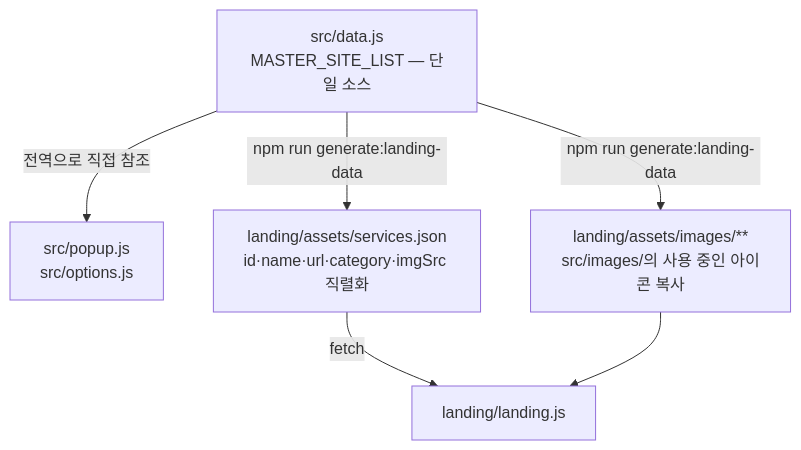
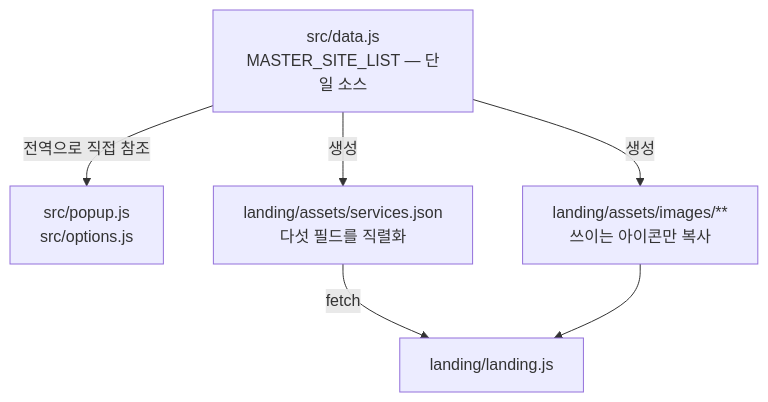
The diagram in docs/spec/5-CONTRACT.md (kangkyunghyun/LinKHU), drawn with Mermaid before and after one commit. The commit also changed other lines of this file and 40 other files, not shown here.

````diff
--- a/docs/spec/5-CONTRACT.md
+++ b/docs/spec/5-CONTRACT.md
@@ -20,9 +24,9 @@
 ```mermaid
 flowchart TD
     A["src/data.js<br>MASTER_SITE_LIST — 단일 소스"]
     A -- "전역으로 직접 참조" --> B["src/popup.js<br>src/options.js"]
-    A -- "npm run generate:landing-data" --> C["landing/assets/services.json<br>id·name·url·category·imgSrc 직렬화"]
-    A -- "npm run generate:landing-data" --> D["landing/assets/images/**<br>src/images/의 사용 중인 아이콘 복사"]
+    A -- "생성" --> C["landing/assets/services.json<br>다섯 필드를 직렬화"]
+    A -- "생성" --> D["landing/assets/images/**<br>쓰이는 아이콘만 복사"]
     C -- "fetch" --> E["landing/landing.js"]
     D --> E
 ```
````
